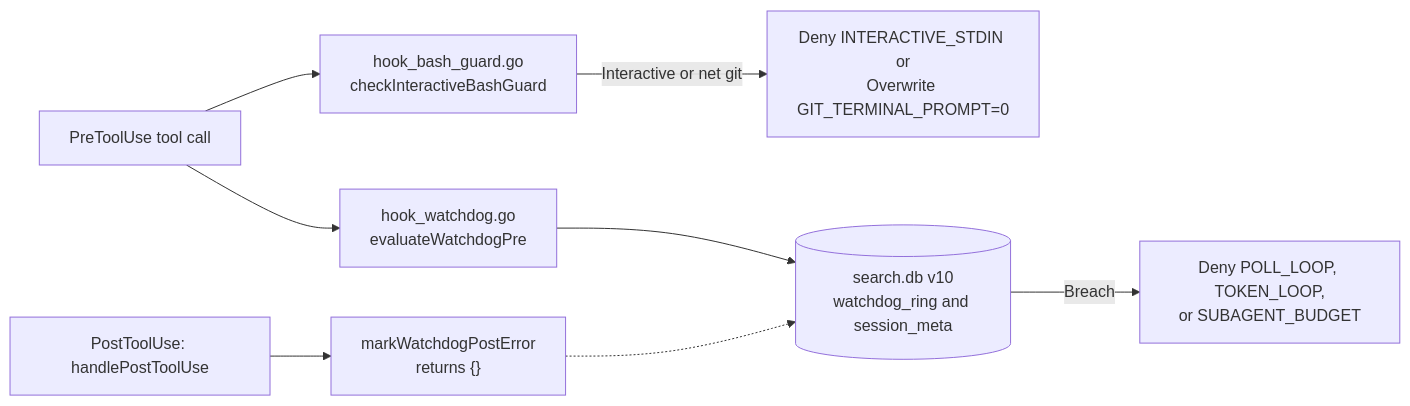
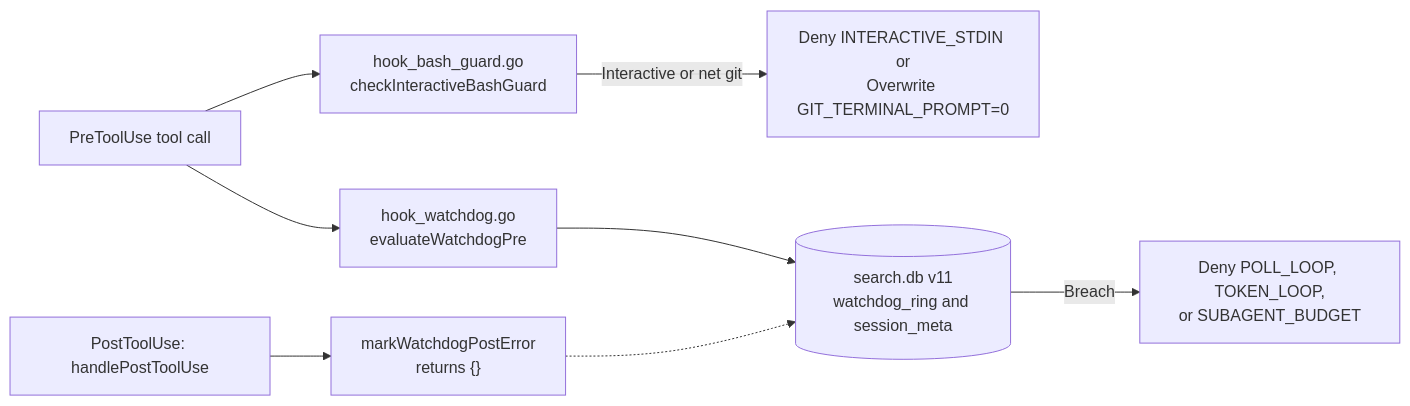
Before and after one commit to kesokaj/fyr: the sixth of 7 diagrams in features/hooks-and-ast-graph.md, drawn with Mermaid. The commit also changed other lines of this file and 13 other files, not shown here.

````diff
--- a/features/hooks-and-ast-graph.md
+++ b/features/hooks-and-ast-graph.md
@@ -184,10 +185,10 @@
 ```mermaid
 flowchart LR
     preCall["PreToolUse tool call"] --> bashGuard["hook_bash_guard.go\ncheckInteractiveBashGuard"]
     preCall --> watchPre["hook_watchdog.go\nevaluateWatchdogPre"]
     bashGuard -- "Interactive or net git" --> bashOut["Deny INTERACTIVE_STDIN or\nOverwrite GIT_TERMINAL_PROMPT=0"]
-    watchPre --> ringDB[("search.db v10\nwatchdog_ring and session_meta")]
+    watchPre --> ringDB[("search.db v11\nwatchdog_ring and session_meta")]
     ringDB -- "Breach" --> watchDeny["Deny POLL_LOOP, TOKEN_LOOP,\nor SUBAGENT_BUDGET"]
     postCall["PostToolUse: handlePostToolUse"] --> postMark["markWatchdogPostError\nreturns {}"]
     postMark -.-> ringDB
 ```
````
